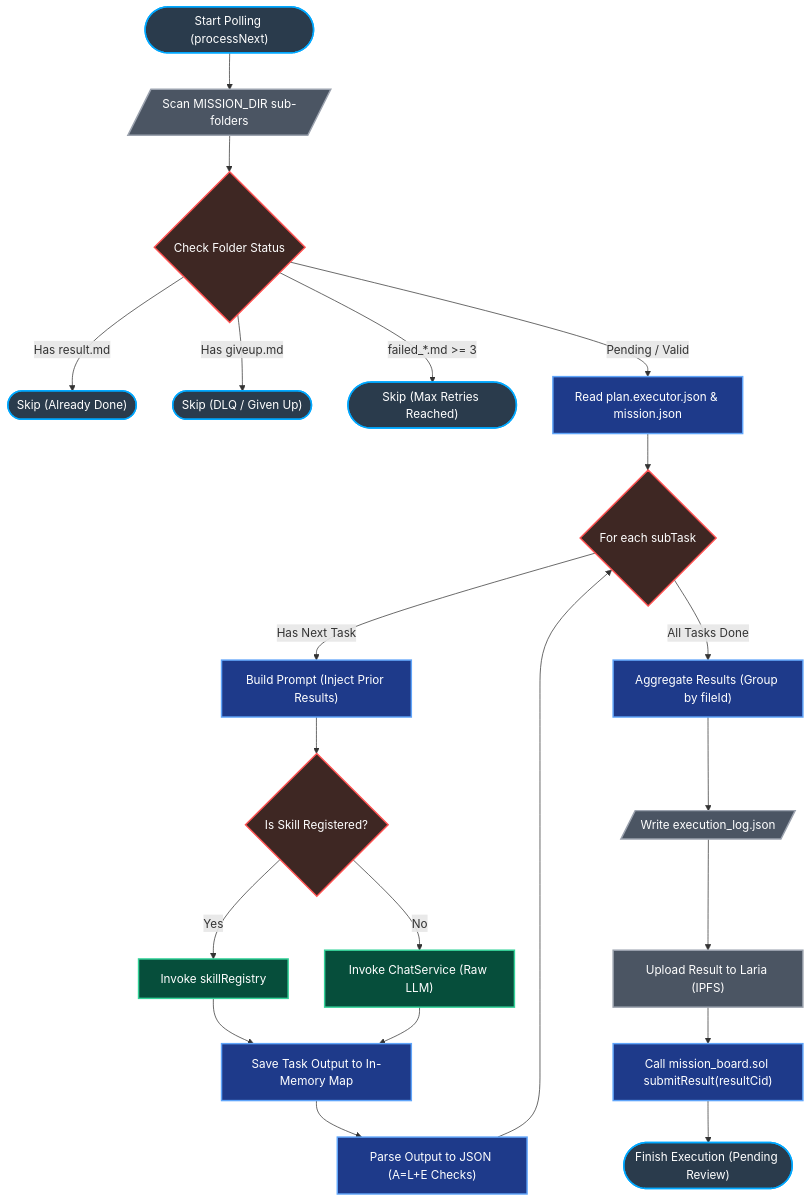
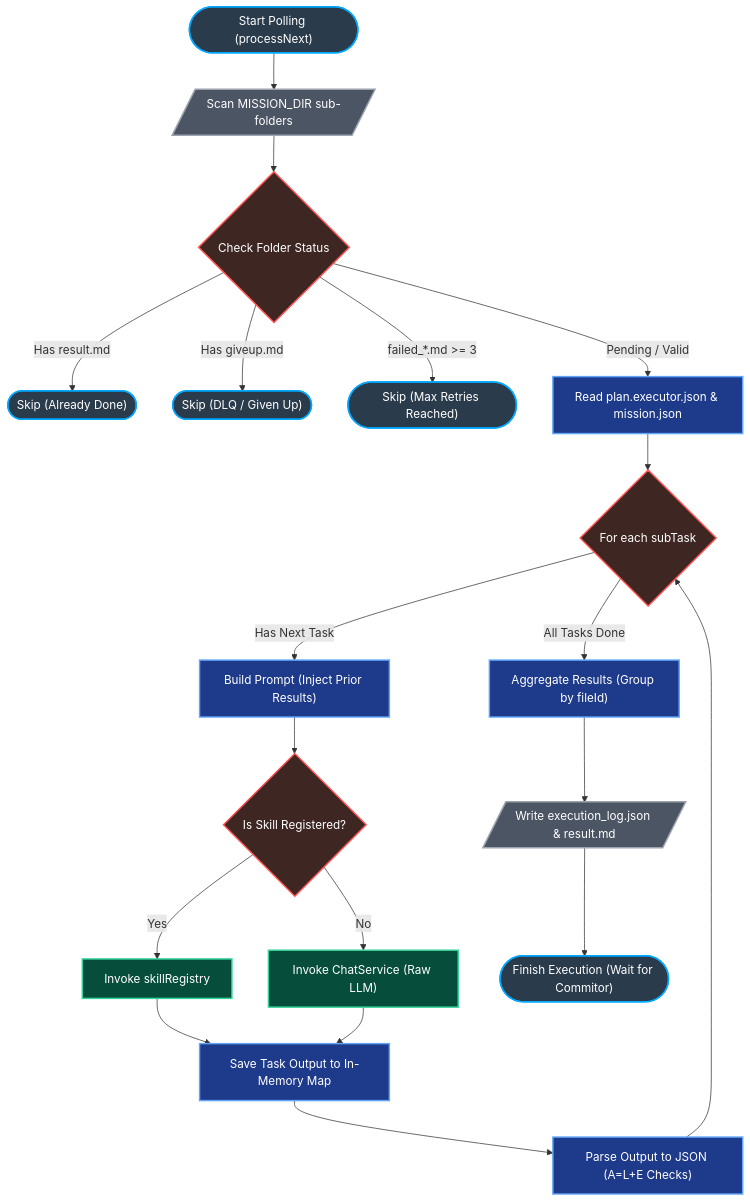
The diagram in documents/architecture/async_workers/00.1_mission_executor_architecture.md (CAFECA-IO/iSunFA), drawn with Mermaid before and after one commit. The commit also changed other lines of this file, not shown here.

Commit message:
docs: correct mission executor boundary and remove out-of-scope prisma descriptions

````diff
--- a/documents/architecture/async_workers/00.1_mission_executor_architecture.md
+++ b/documents/architecture/async_workers/00.1_mission_executor_architecture.md
@@ -13,38 +13,36 @@
 ```mermaid
 graph TD
     %% Define Node Styles
     classDef start_end fill:#2A3B4C,stroke:#00A8FF,stroke-width:2px,color:#fff;
     classDef decision fill:#3E2723,stroke:#FF5252,stroke-width:2px,color:#fff;
     classDef process fill:#1E3A8A,stroke:#60A5FA,stroke-width:2px,color:#fff;
     classDef ai fill:#064E3B,stroke:#34D399,stroke-width:2px,color:#fff;
     classDef storage fill:#4B5563,stroke:#9CA3AF,stroke-width:2px,color:#fff,shape:cylinder;
 
     Start(["Start Polling (processNext)"]):::start_end --> ScanDir[/"Scan MISSION_DIR sub-folders"/]:::storage
 
     ScanDir --> CheckFolder{"Check Folder Status"}:::decision
 
     CheckFolder -- "Has result.md" --> Skip1(["Skip (Already Done)"]):::start_end
     CheckFolder -- "Has giveup.md" --> Skip2(["Skip (DLQ / Given Up)"]):::start_end
     CheckFolder -- "failed_*.md >= 3" --> Skip3(["Skip (Max Retries Reached)"]):::start_end
     CheckFolder -- "Pending / Valid" --> ReadPlan["Read plan.executor.json & mission.json"]:::process
 
     ReadPlan --> LoopStart{"For each subTask"}:::decision
 
     LoopStart -- "Has Next Task" --> BuildPrompt["Build Prompt (Inject Prior Results)"]:::process
     BuildPrompt --> CheckSkill{"Is Skill Registered?"}:::decision
 
     CheckSkill -- "Yes" --> InvokeSkill["Invoke skillRegistry"]:::ai
     CheckSkill -- "No" --> InvokeLLM["Invoke ChatService (Raw LLM)"]:::ai
 
     InvokeSkill --> SavePrior["Save Task Output to In-Memory Map"]:::process
     InvokeLLM --> SavePrior
 
     SavePrior --> ParseJSON["Parse Output to JSON (A=L+E Checks)"]:::process
     ParseJSON --> LoopStart
 
     LoopStart -- "All Tasks Done" --> Aggregation["Aggregate Results (Group by fileId)"]:::process
-    Aggregation --> WriteAudit[/"Write execution_log.json"/]:::storage
-    WriteAudit --> UploadIPFS["Upload Result to Laria (IPFS)"]:::storage
-    UploadIPFS --> SubmitResult["Call mission_board.sol submitResult(resultCid)"]:::process
-    SubmitResult --> End(["Finish Execution (Pending Review)"]):::start_end
+    Aggregation --> WriteAudit[/"Write execution_log.json & result.md"/]:::storage
+    WriteAudit --> End(["Finish Execution (Wait for Commitor)"]):::start_end
 ```
````
